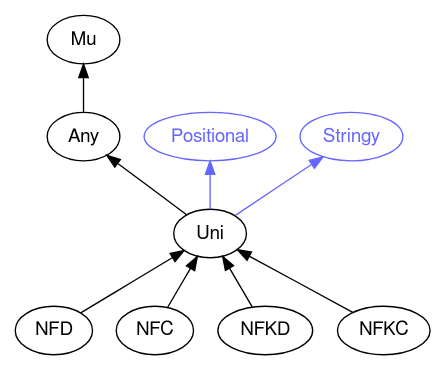
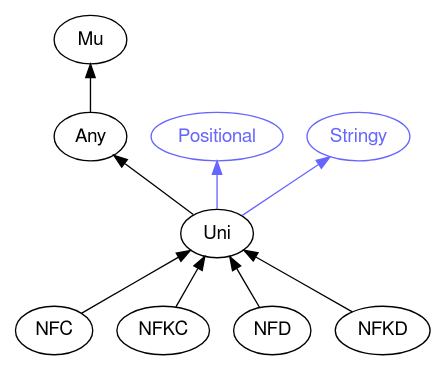
One commit to perl6docs/perl6docs.github.io changed the diagram in images/type-graph-Uni.svg.dot. Above: the diagram before and after it, drawn with Graphviz. The commit also changed other lines of this file and 4486 other files, not shown here.

```diff
--- a/images/type-graph-Uni.svg.dot
+++ b/images/type-graph-Uni.svg.dot
@@ -1,27 +1,27 @@
 digraph "perl6-type-graph" {
     rankdir=BT;
     splines=polyline;
     overlap=false; 
     // Types
     "Uni" [color="#000000", fontcolor="#000000", href="/type/Uni", fontname="FreeSans"];
     "Mu" [color="#000000", fontcolor="#000000", href="/type/Mu", fontname="FreeSans"];
     "Any" [color="#000000", fontcolor="#000000", href="/type/Any", fontname="FreeSans"];
     "Positional" [color="#6666FF", fontcolor="#6666FF", href="/type/Positional", fontname="FreeSans"];
     "Stringy" [color="#6666FF", fontcolor="#6666FF", href="/type/Stringy", fontname="FreeSans"];
+    "NFC" [color="#000000", fontcolor="#000000", href="/type/NFC", fontname="FreeSans"];
+    "NFKC" [color="#000000", fontcolor="#000000", href="/type/NFKC", fontname="FreeSans"];
     "NFD" [color="#000000", fontcolor="#000000", href="/type/NFD", fontname="FreeSans"];
-    "NFC" [color="#000000", fontcolor="#000000", href="/type/NFC", fontname="FreeSans"];
     "NFKD" [color="#000000", fontcolor="#000000", href="/type/NFKD", fontname="FreeSans"];
-    "NFKC" [color="#000000", fontcolor="#000000", href="/type/NFKC", fontname="FreeSans"];
 
     // Superclasses
     "Uni" -> "Any" [color="#000000"];
     "Any" -> "Mu" [color="#000000"];
+    "NFC" -> "Uni" [color="#000000"];
+    "NFKC" -> "Uni" [color="#000000"];
     "NFD" -> "Uni" [color="#000000"];
-    "NFC" -> "Uni" [color="#000000"];
     "NFKD" -> "Uni" [color="#000000"];
-    "NFKC" -> "Uni" [color="#000000"];
 
     // Roles
     "Uni" -> "Positional" [color="#6666FF"];
     "Uni" -> "Stringy" [color="#6666FF"];
 }
```
